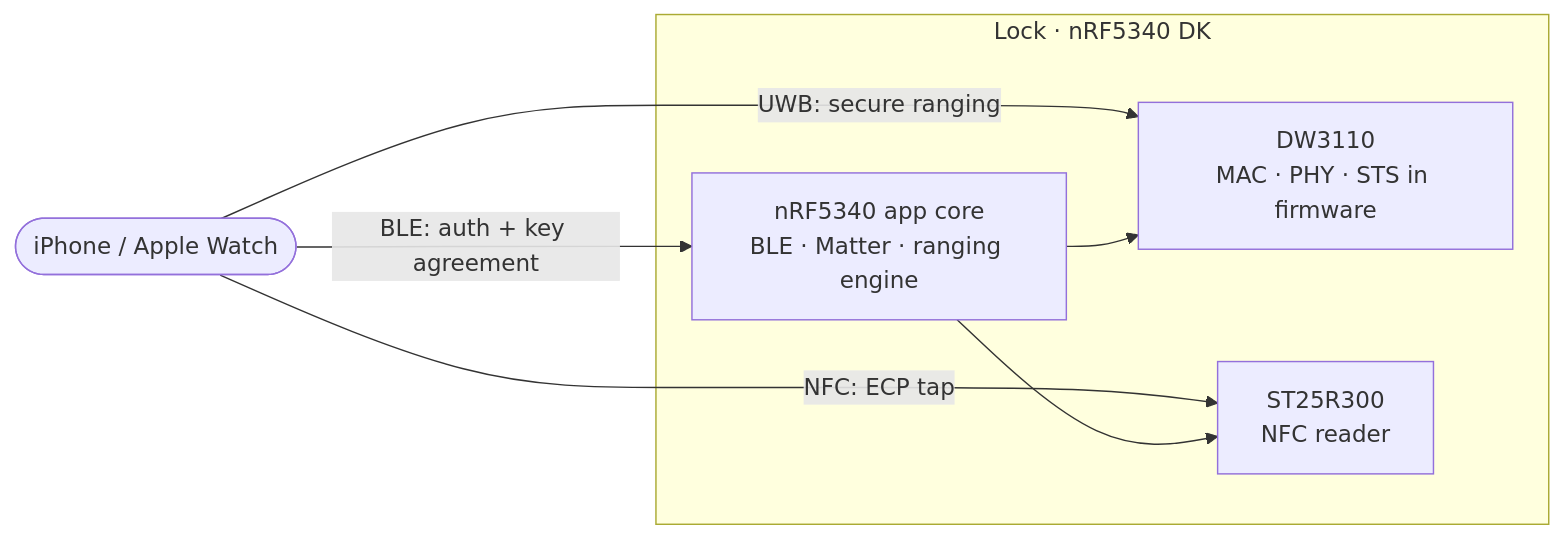
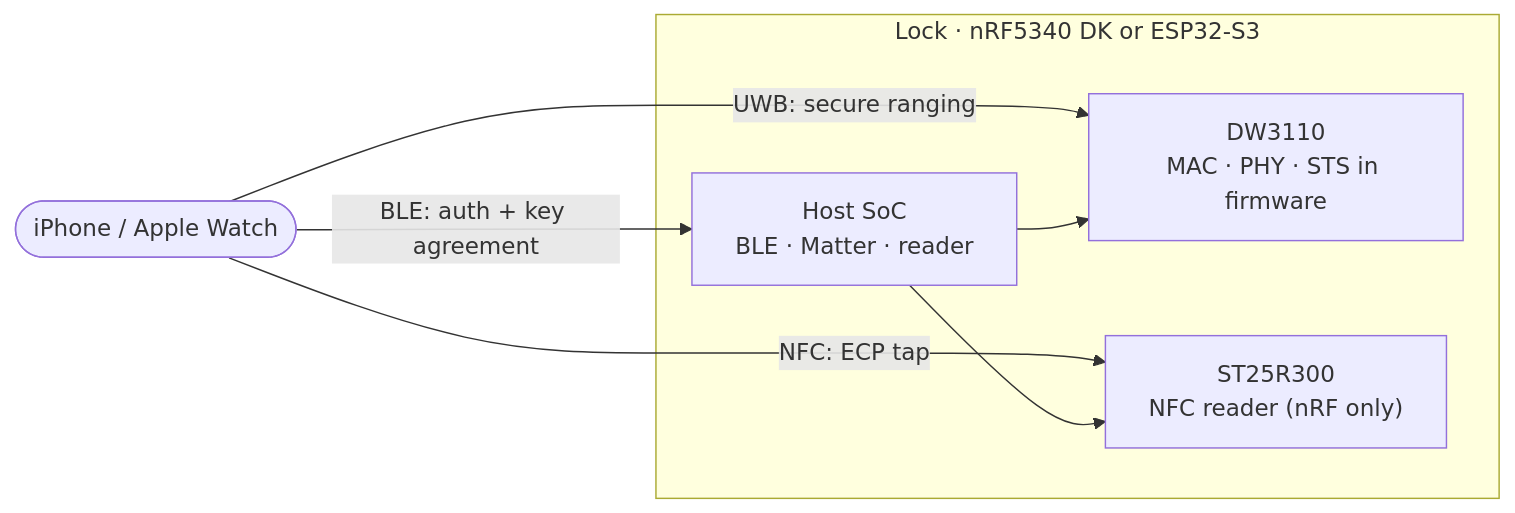
One commit to jonathan-shc/UWB changed the diagram in README.md. Above: the diagram before and after it, drawn with Mermaid. The commit also changed other lines of this file and 27 other files, not shown here.

First line of the commit message:
Expand architecture docs and add ESP32-S3 reader port with Matter integration

````diff
--- a/README.md
+++ b/README.md
@@ -89,14 +131,14 @@
 ```mermaid
 flowchart LR
   phone(["iPhone / Apple Watch"])
   phone -- "BLE: auth + key agreement" --> soc
   phone -- "UWB: secure ranging" --> uwb
   phone -- "NFC: ECP tap" --> nfc
-  subgraph lock ["Lock · nRF5340 DK"]
-    soc["nRF5340 app core<br/>BLE · Matter · ranging engine"]
+  subgraph lock ["Lock · nRF5340 DK or ESP32-S3"]
+    soc["Host SoC<br/>BLE · Matter · reader"]
     uwb["DW3110<br/>MAC · PHY · STS in firmware"]
-    nfc["ST25R300<br/>NFC reader"]
+    nfc["ST25R300<br/>NFC reader (nRF only)"]
     soc --> uwb
     soc --> nfc
   end
 ```
````
